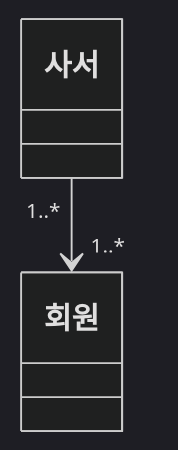
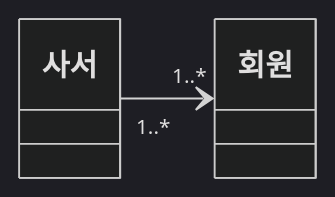
The eighth of 30 diagrams in content/ch01.md (Dori-Develop/EIPStudy), drawn with Mermaid (dark theme) before and after one commit. The commit also changed 3 other files, not shown here.

````diff
--- a/content/ch01.md
+++ b/content/ch01.md
@@ -551,4 +551,5 @@
 ```mermaid
 classDiagram
+    direction LR
     사서 "1..*" --> "1..*" 회원
 ```
````
